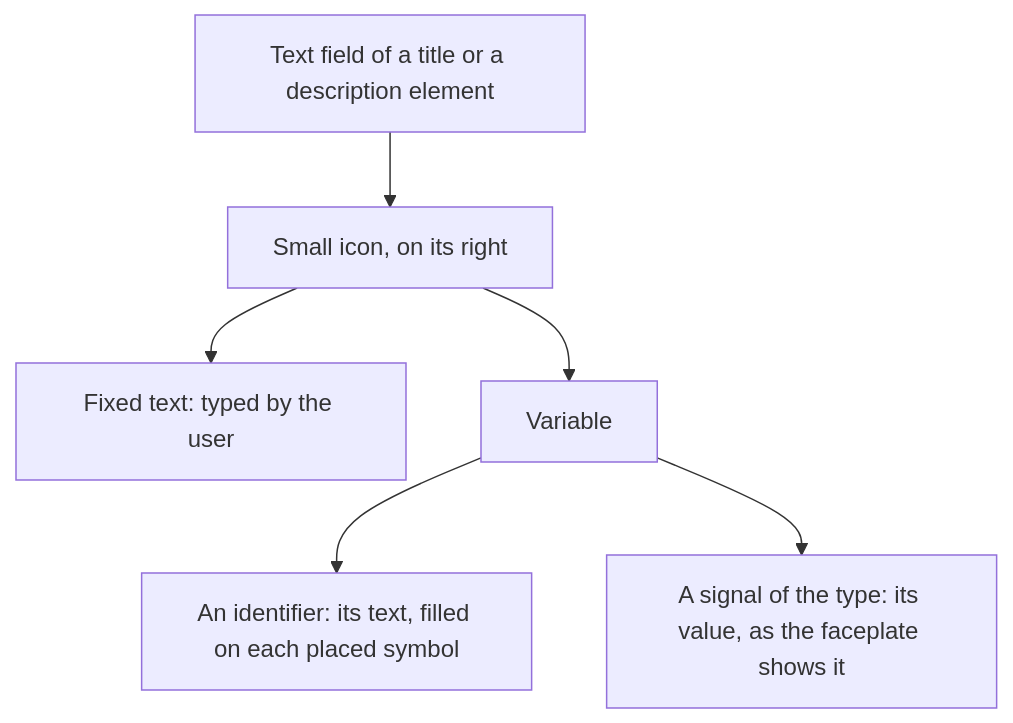
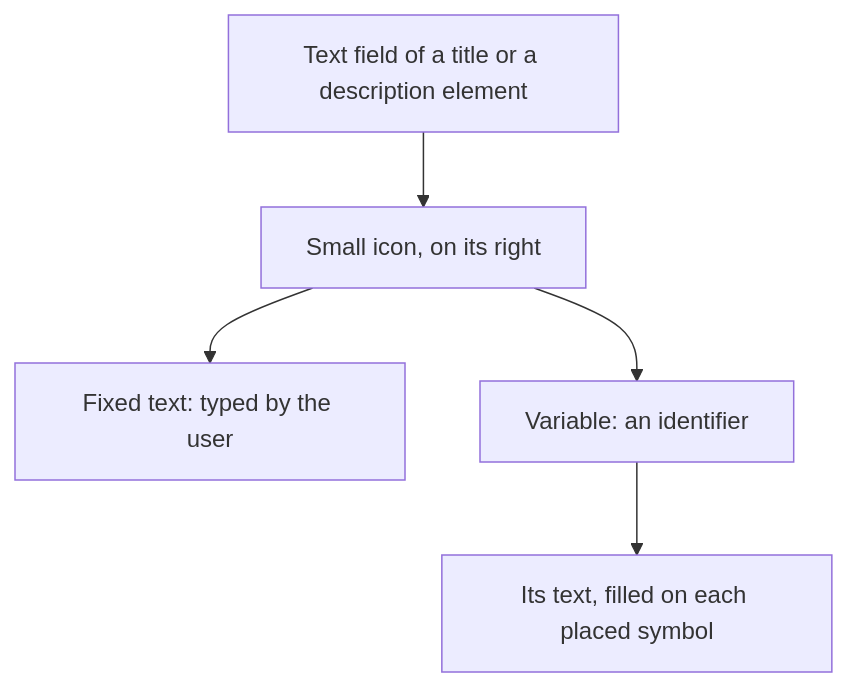
Diagram 46 of 51 in metadata/draft.md (AlexandreGallais/synoptic-studio-spec), drawn with Mermaid before and after one commit. The commit also changed other lines of this file and 2 other files, not shown here.

First line of the commit message:
docs(metadata): drop signals from faceplate texts and group the bounds

````diff
--- a/metadata/draft.md
+++ b/metadata/draft.md
@@ -1518,8 +1522,7 @@
 ```mermaid
 flowchart TD
     T["Text field of a title or a description element"] --> I["Small icon, on its right"]
     I --> X["Fixed text: typed by the user"]
-    I --> V["Variable"]
-    V --> ID["An identifier: its text, filled on each placed symbol"]
-    V --> SG["A signal of the type: its value, as the faceplate shows it"]
+    I --> V["Variable: an identifier"]
+    V --> ID["Its text, filled on each placed symbol"]
 ```
````
